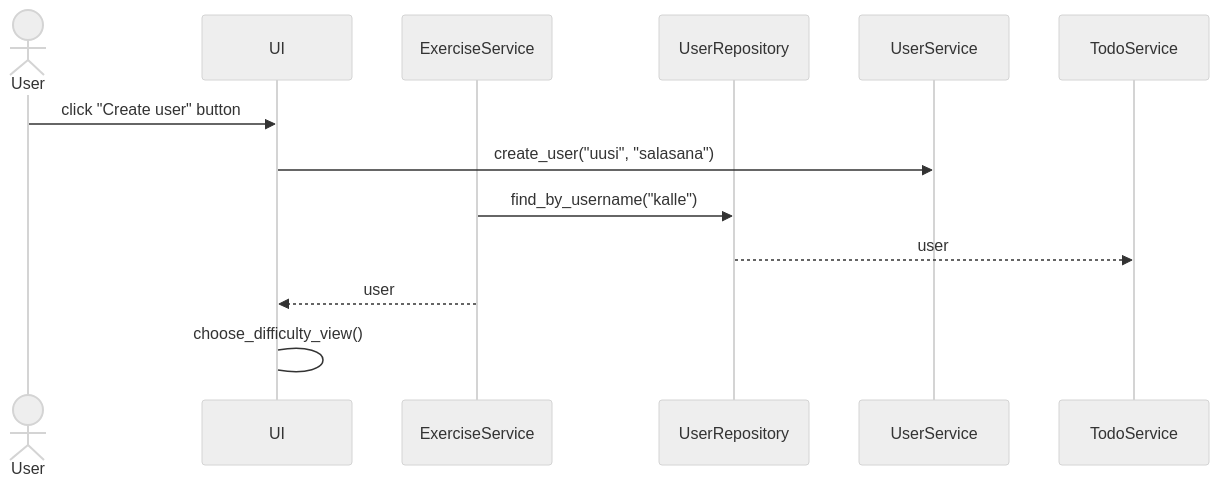
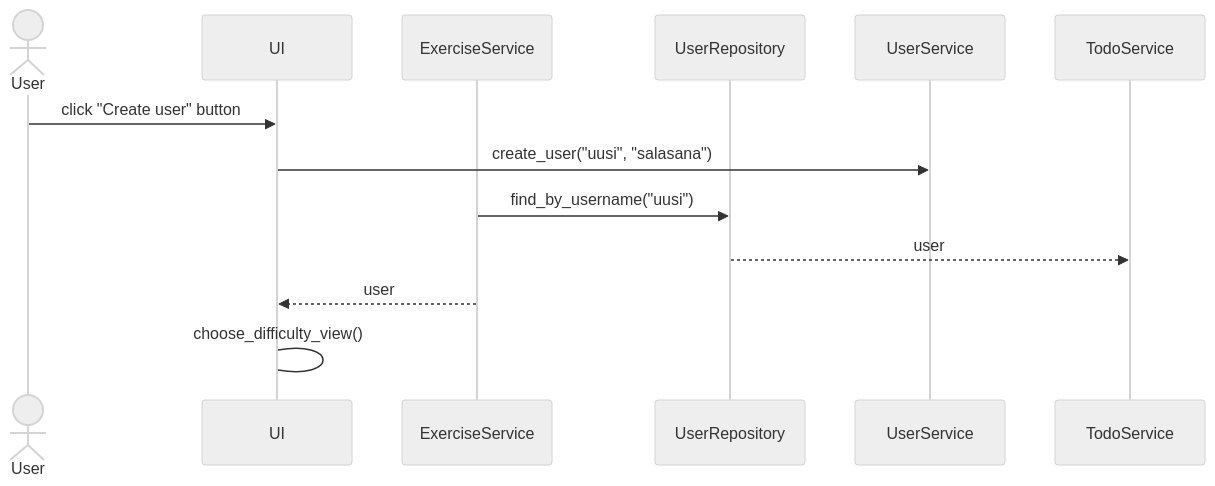
The second of 2 diagrams in dokumentaatio/arkkitehtuuri.md (immone/ot-harjoitustyo-s2023), drawn with Mermaid (neutral theme) before and after one commit. The commit also changed other lines of this file, not shown here.

````diff
--- a/dokumentaatio/arkkitehtuuri.md
+++ b/dokumentaatio/arkkitehtuuri.md
@@ -74,13 +67,13 @@
 ```mermaid
 sequenceDiagram
   actor User
   participant UI
   participant ExerciseService
   participant UserRepository
   User->>UI: click "Create user" button
   UI->>UserService: create_user("uusi", "salasana")
-  ExerciseService->>UserRepository: find_by_username("kalle")
+  ExerciseService->>UserRepository: find_by_username("uusi")
   UserRepository-->>TodoService: user
   ExerciseService-->>UI: user
   UI->UI: choose_difficulty_view()
 ```
````
